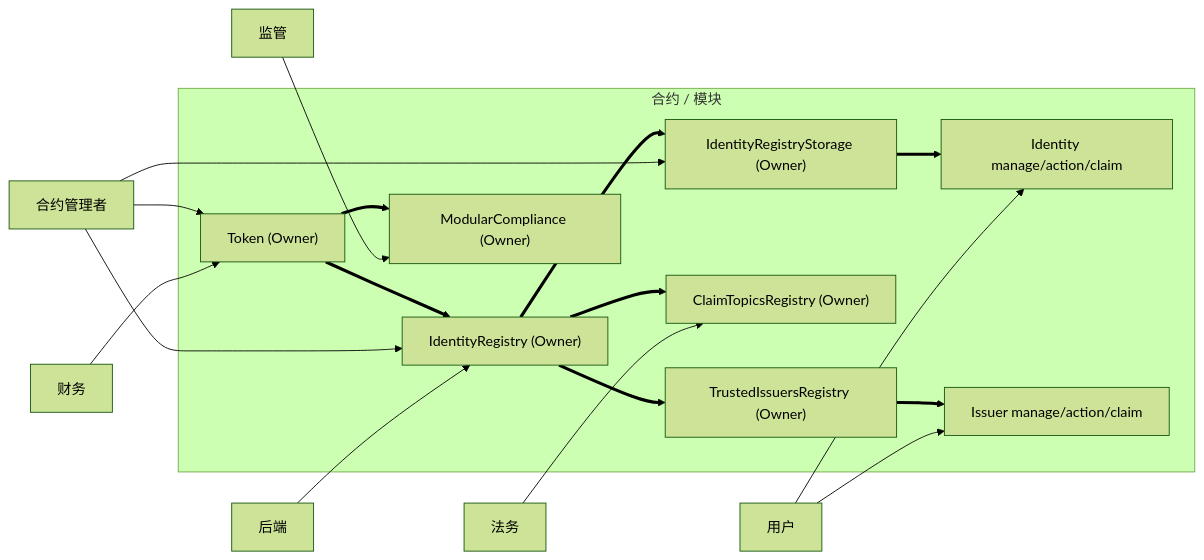
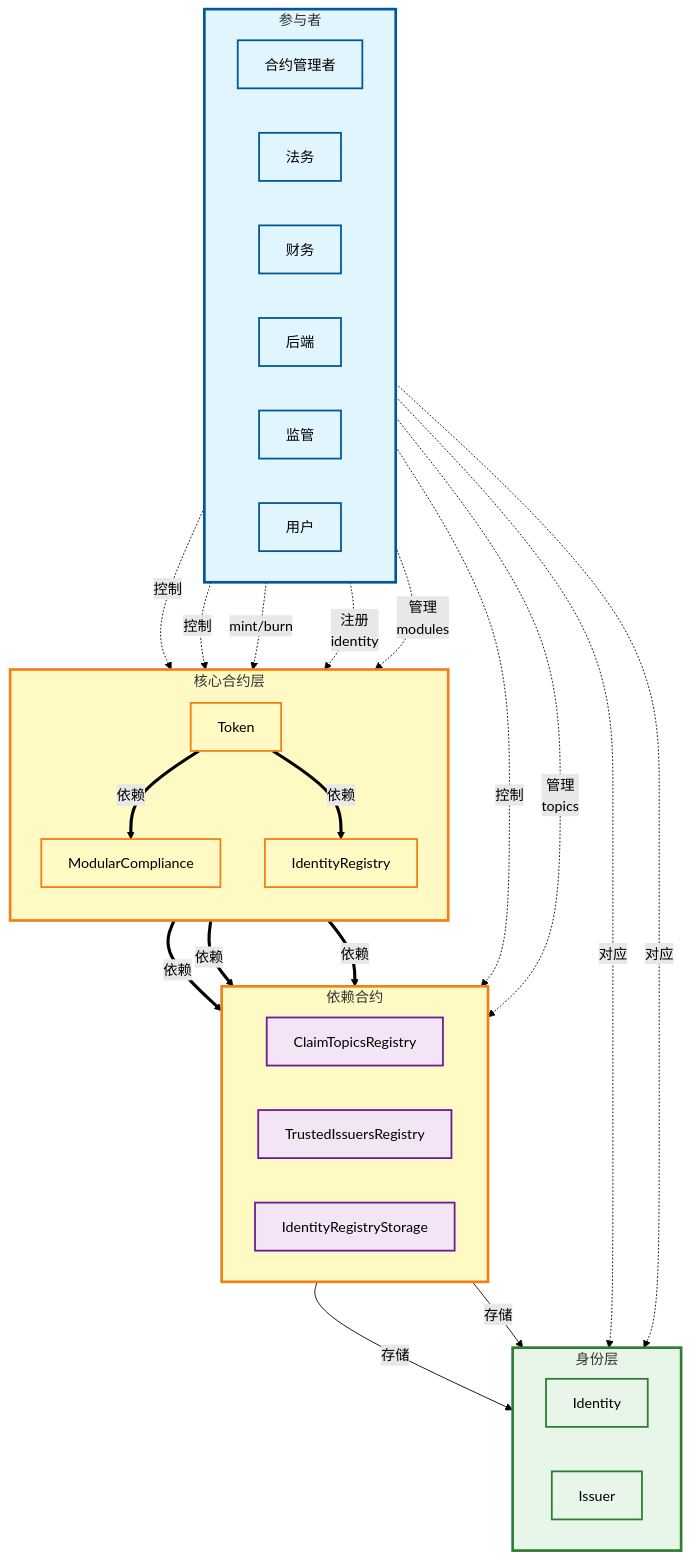
The diagram in document/permission/design.md (Joshuashen022/erc-3643-demo), drawn with Mermaid (forest theme) before and after one commit. The commit also changed other lines of this file and 10 other files, not shown here.

````diff
--- a/document/permission/design.md
+++ b/document/permission/design.md
@@ -33,40 +12,73 @@
 ```mermaid
-graph LR
-    Admin[合约管理者]
-    Legal[法务]
-    Finance[财务]
-    Backend[后端]
-    Regulator[监管]
-    User[用户]
+graph TB
+    %% 外部角色层
+    subgraph Roles["参与者"]
+        direction LR
+        Admin[合约管理者]
+        Legal[法务]
+        Finance[财务]
+        Backend[后端]
+        Regulator[监管]
+        User[用户]
+    end
 
-  subgraph "合约 / 模块"
-    TokenOwner["Token (Owner)"]
-    IR["IdentityRegistry (Owner)"]
-    IRStorage["IdentityRegistryStorage (Owner)"]
-    Compliance["ModularCompliance (Owner)"]
-    Topics["ClaimTopicsRegistry (Owner)"]
-    Trusted["TrustedIssuersRegistry (Owner)"]
-    IdentityKeys["Identity manage/action/claim"]
-    IssuerKeys["Issuer manage/action/claim"]
-  end
+    %% 核心合约层
+    subgraph Core["核心合约层"]
+        direction TB
+        TokenOwner["Token"]
+        IR["IdentityRegistry"]
+        Compliance["ModularCompliance"]
+    end
 
-  %% 合约间依赖（参考 deploy.md 7-74）
-  TokenOwner ==> Compliance
-  TokenOwner ==> IR
-  IR ==> IRStorage
-  IR ==> Topics
-  IR ==> Trusted
-  Trusted ==> IssuerKeys
-  IRStorage ==> IdentityKeys
+    %% 注册表层
+    subgraph Registry["依赖合约"]
+        direction LR
+        Topics["ClaimTopicsRegistry"]
+        Trusted["TrustedIssuersRegistry"]
+        IRStorage["IdentityRegistryStorage"]
+    end
 
-  %% 角色到模块的权限关系（仅使用已定义的角色与模块）
-  Admin --> TokenOwner
-  Admin --> IR
-  Admin --> IRStorage
-  Legal --> Topics
-  Finance --> TokenOwner
-  Backend --> IR
-  Regulator --> Compliance
-  User --> IdentityKeys
-  User --> IssuerKeys
+    %% 身份层
+    subgraph Identity["身份层"]
+        direction LR
+        IdentityKeys["Identity"]
+        IssuerKeys["Issuer"]
+    end
+
+    %% 合约间依赖关系（实线箭头）
+    TokenOwner ==>|依赖| Compliance
+    TokenOwner ==>|依赖| IR
+    IR ==>|依赖| IRStorage
+    IR ==>|依赖| Topics
+    IR ==>|依赖| Trusted
+    Trusted -->|存储| IssuerKeys
+    IRStorage -->|存储| IdentityKeys
+
+    %% 角色到模块的权限关系（虚线箭头）
+    Admin -.->|控制| TokenOwner 
+    Admin -.->|控制| IR
+    Admin -.->|控制| IRStorage
+    Legal -.->|管理<br/>topics| Topics
+    Finance -.->|mint/burn| TokenOwner
+    Backend -.->|注册<br/>identity| IR
+    Regulator -.->|管理<br/>modules| Compliance
+    User -.->|对应| IdentityKeys
+    Legal -.->|对应| IssuerKeys
+
+    %% 样式
+    classDef roleStyle fill:#e1f5ff,stroke:#01579b,stroke-width:2px
+    classDef coreStyle fill:#fff9c4,stroke:#f57f17,stroke-width:2px
+    classDef registryStyle fill:#f3e5f5,stroke:#6a1b9a,stroke-width:2px
+    classDef identityStyle fill:#e8f5e9,stroke:#2e7d32,stroke-width:2px
+
+    class Admin,Legal,Finance,Backend,Regulator,User roleStyle
+    class TokenOwner,IR,Compliance coreStyle
+    class Topics,Trusted,IRStorage registryStyle
+    class IdentityKeys,IssuerKeys identityStyle
+
+    %% Subgraph 样式
+    style Roles fill:#e1f5ff,stroke:#01579b,stroke-width:3px
+    style Core  fill:#fff9c4,stroke:#f57f17,stroke-width:3px
+    style Registry fill:#fff9c4,stroke:#f57f17,stroke-width:3px
+    style Identity fill:#e8f5e9,stroke:#2e7d32,stroke-width:3px
 ```
````
